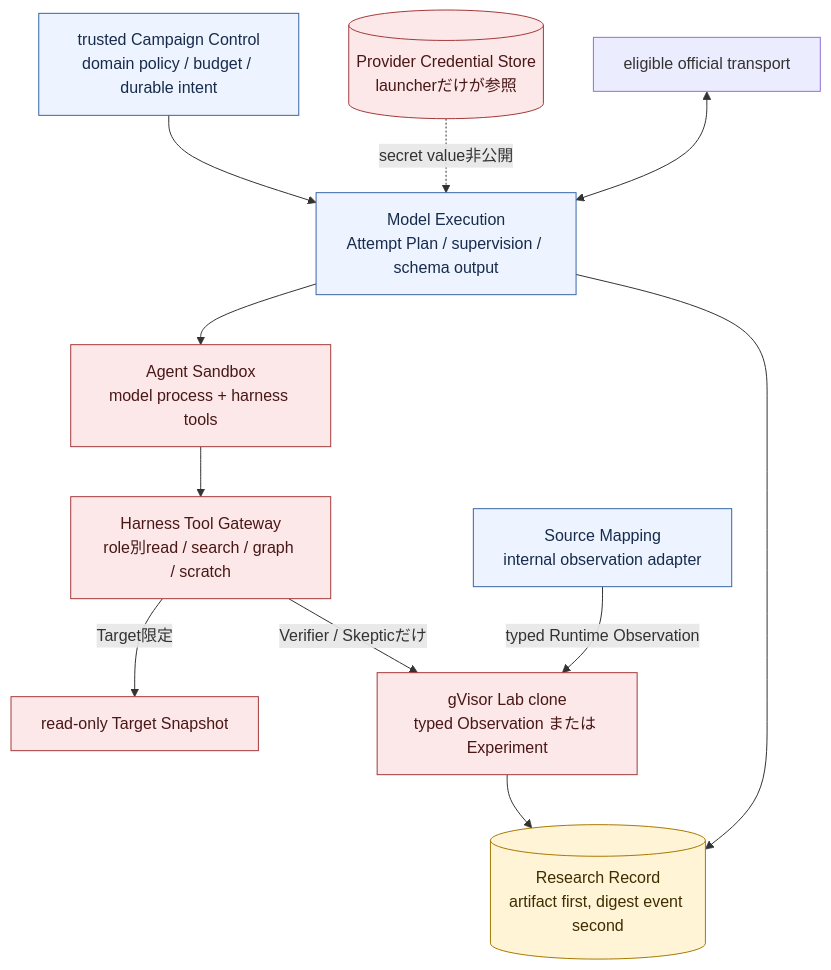
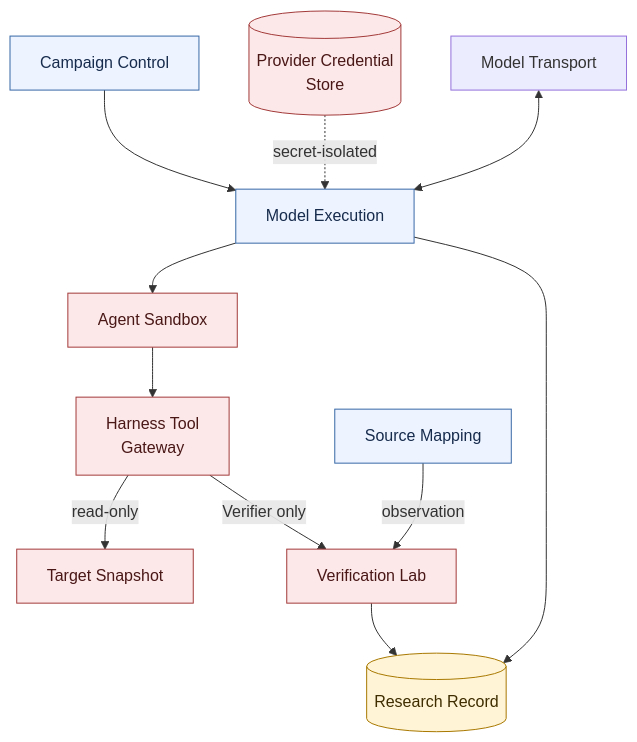
One commit to momoponwork1415-lgtm/wordpress-harness changed the third of 3 diagrams in docs/design/architecture-overview.md. Above: the diagram before and after it, drawn with Mermaid. The commit also changed other lines of this file and 5 other files, not shown here.

````diff
--- a/docs/design/architecture-overview.md
+++ b/docs/design/architecture-overview.md
@@ -114,30 +116,30 @@
 ```mermaid
 flowchart TB
-    control["trusted Campaign Control<br/>domain policy / budget / durable intent"]
-    execution["Model Execution<br/>Attempt Plan / supervision / schema output"]
-    credentials[("Provider Credential Store<br/>launcherだけが参照")]
-    provider["eligible official transport"]
-    sandbox["Agent Sandbox<br/>model process + harness tools"]
-    tools["Harness Tool Gateway<br/>role別read / search / graph / scratch"]
-    mapping["Source Mapping<br/>internal observation adapter"]
-    target["read-only Target Snapshot"]
-    lab["gVisor Lab clone<br/>typed Observation または Experiment"]
-    record[("Research Record<br/>artifact first, digest event second")]
+    control["Campaign Control"]
+    execution["Model Execution"]
+    credentials[("Provider Credential<br/>Store")]
+    provider["Model Transport"]
+    sandbox["Agent Sandbox"]
+    tools["Harness Tool<br/>Gateway"]
+    mapping["Source Mapping"]
+    target["Target Snapshot"]
+    lab["Verification Lab"]
+    record[("Research Record")]
 
     control --> execution
-    credentials -. "secret value非公開" .-> execution
+    credentials -. "secret-isolated" .-> execution
     provider <--> execution
     execution --> sandbox --> tools
-    tools -->|"Target限定"| target
-    tools -->|"Verifier / Skepticだけ"| lab
-    mapping -->|"typed Runtime Observation"| lab
+    tools -->|"read-only"| target
+    tools -->|"Verifier only"| lab
+    mapping -->|"observation"| lab
     execution --> record
     lab --> record
 
     classDef context fill:#edf4ff,stroke:#3767a6,color:#172b4d;
     classDef security fill:#fce8e8,stroke:#a33a3a,color:#4a1717;
     classDef durable fill:#fff5d6,stroke:#a87800,color:#3f2d00;
     class control,execution,mapping context;
     class credentials,sandbox,tools,target,lab security;
     class record durable;
 ```
````
